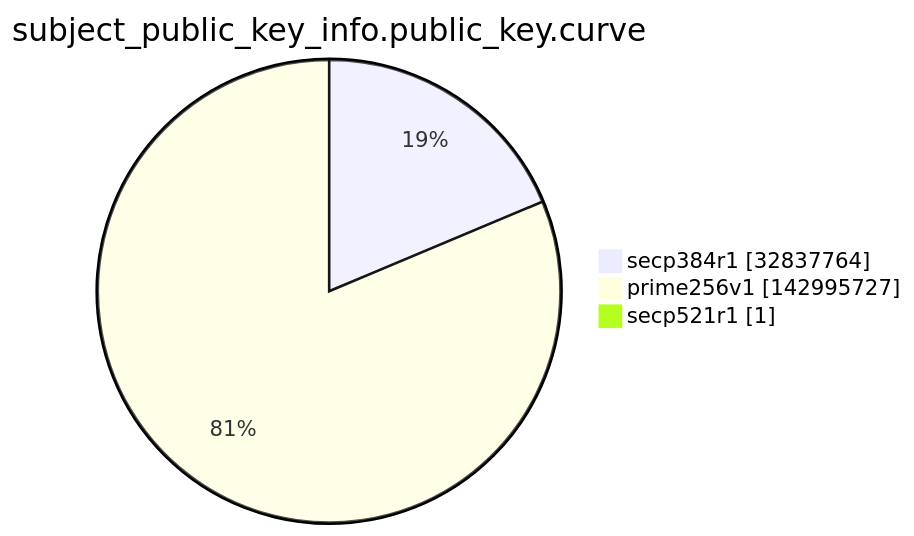
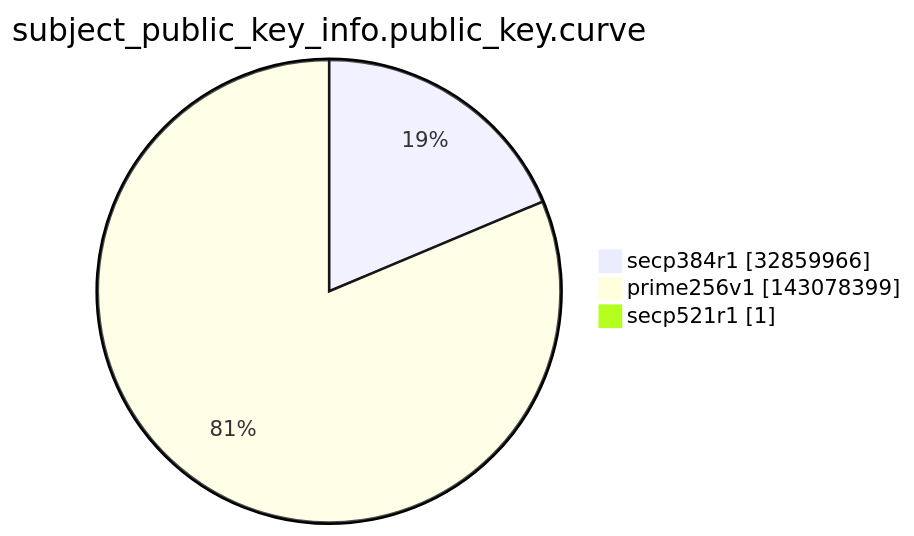
Before and after one commit to christiankrug/ctmonitor_visualization: the ninth of 15 diagrams in argon2022/README.md, drawn with Mermaid. The commit also changed other lines of this file, not shown here.

````diff
--- a/argon2022/README.md
+++ b/argon2022/README.md
@@ -2764,7 +2764,7 @@
 ```mermaid
 pie showData
 title subject_public_key_info.public_key.curve
-"secp384r1" :32837764
-"prime256v1" :142995727
+"secp384r1" :32859966
+"prime256v1" :143078399
 "secp521r1" :1
 ```
````
